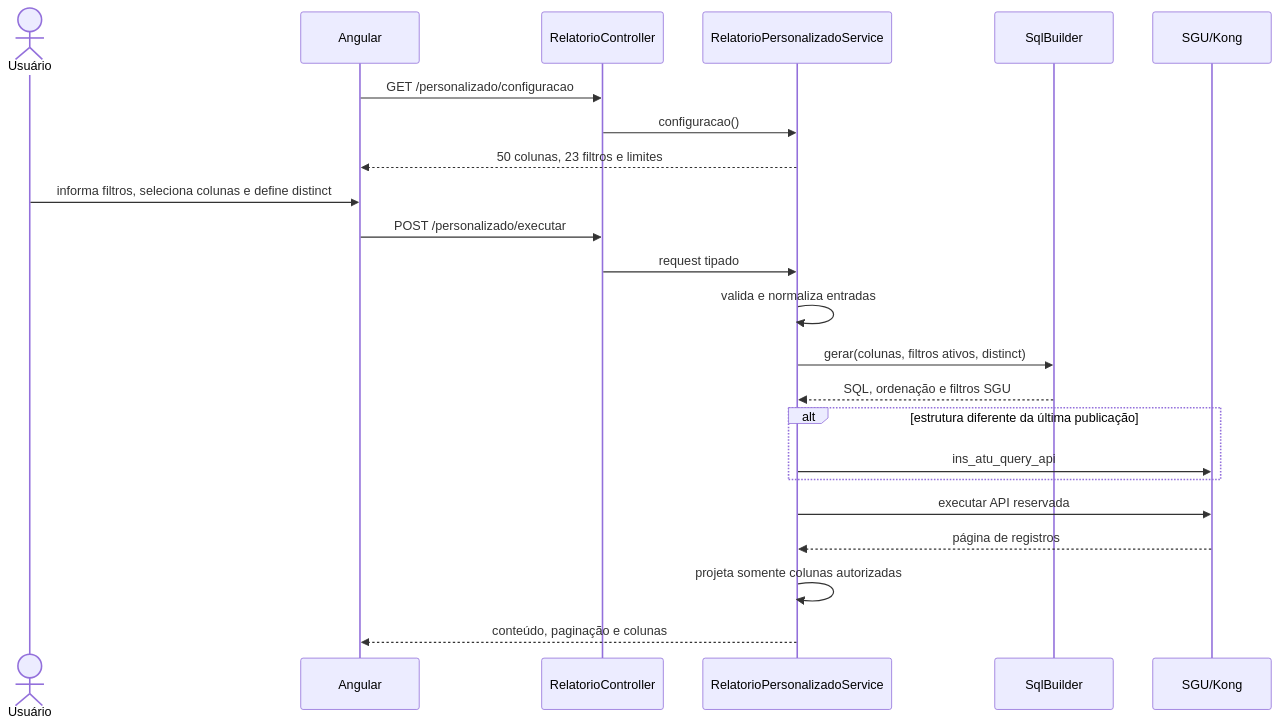
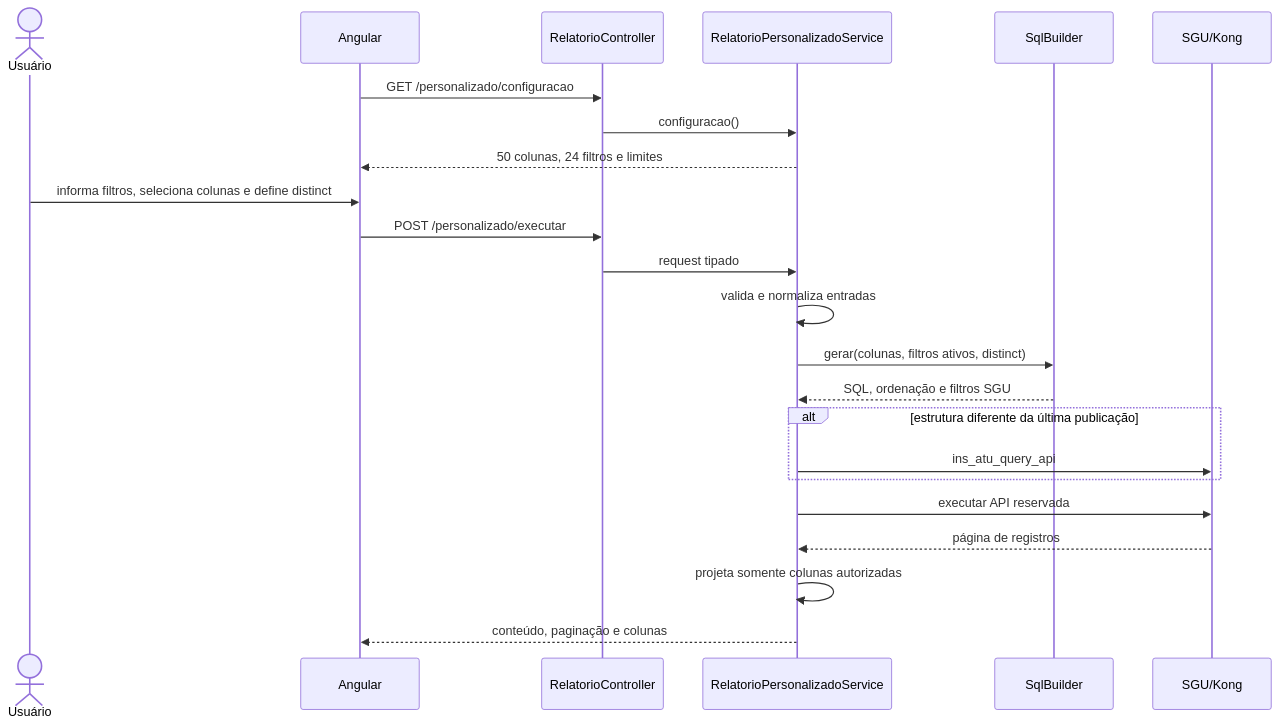
Before and after one commit to HeitorLeite/Unimed-Tools: the third of 4 diagrams in docs/ARQUITETURA.md, drawn with Mermaid. The commit also changed other lines of this file and 6 other files, not shown here.

````diff
--- a/docs/ARQUITETURA.md
+++ b/docs/ARQUITETURA.md
@@ -226,26 +226,26 @@
 ```mermaid
 sequenceDiagram
     actor U as Usuário
     participant F as Angular
     participant C as RelatorioController
     participant R as RelatorioPersonalizadoService
     participant Q as SqlBuilder
     participant S as SGU/Kong
 
     F->>C: GET /personalizado/configuracao
     C->>R: configuracao()
-    R-->>F: 50 colunas, 23 filtros e limites
+    R-->>F: 50 colunas, 24 filtros e limites
     U->>F: informa filtros, seleciona colunas e define distinct
     F->>C: POST /personalizado/executar
     C->>R: request tipado
     R->>R: valida e normaliza entradas
     R->>Q: gerar(colunas, filtros ativos, distinct)
     Q-->>R: SQL, ordenação e filtros SGU
     alt estrutura diferente da última publicação
         R->>S: ins_atu_query_api
     end
     R->>S: executar API reservada
     S-->>R: página de registros
     R->>R: projeta somente colunas autorizadas
     R-->>F: conteúdo, paginação e colunas
 ```
````
